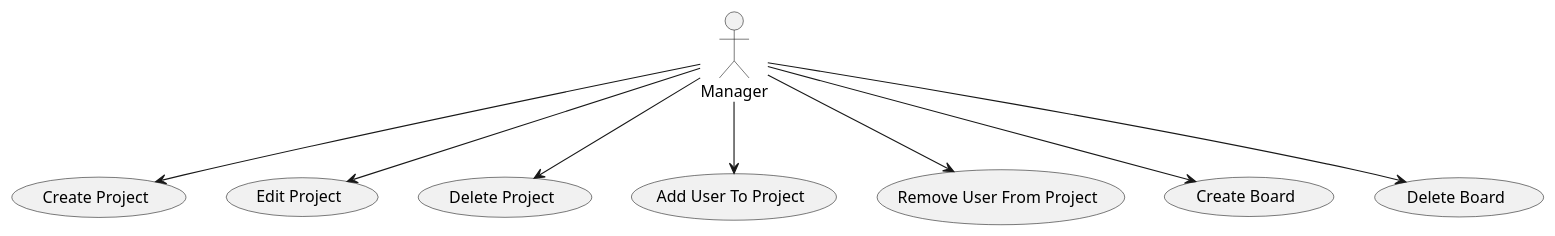
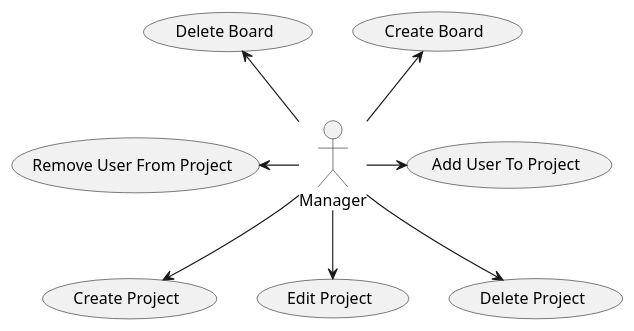
The fourth of 20 diagrams in docs/use cases/README.md (luckyscammer/IO-35_DB_gr4), drawn with PlantUML before and after one commit.

Commit message:
Fixed manager diagram

```diff
--- a/docs/use cases/README.md
+++ b/docs/use cases/README.md
@@ -71,13 +71,13 @@
 @startuml
 
 actor Manager as M
 
-M --> (Create Project)
-M --> (Edit Project)
-M --> (Delete Project)
-M --> (Add User To Project)
-M --> (Remove User From Project)
-M --> (Create Board)
-M --> (Delete Board)
+M -d-> (Create Project)
+M -d-> (Edit Project)
+M -d-> (Delete Project)
+M -r-> (Add User To Project)
+M -l-> (Remove User From Project)
+M -u-> (Create Board)
+M -u-> (Delete Board)
 
 @enduml
```
